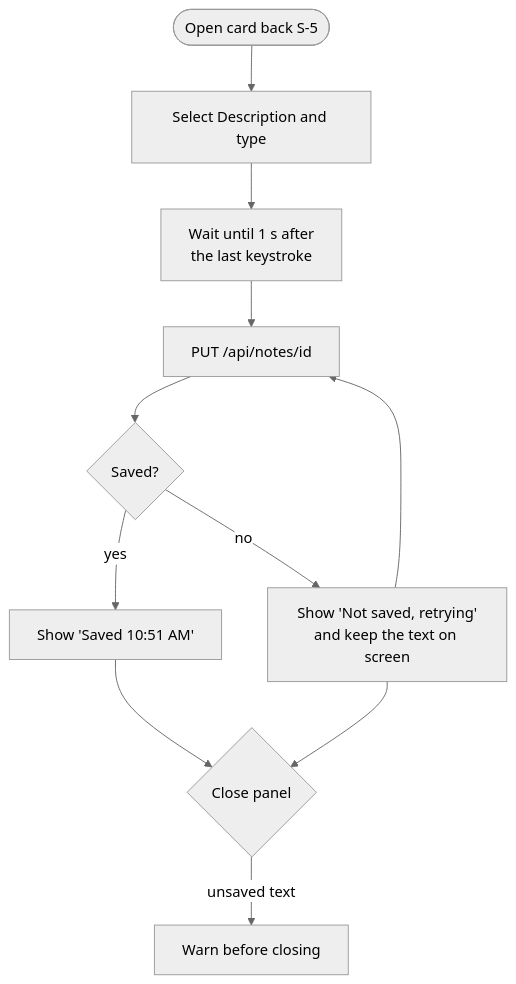
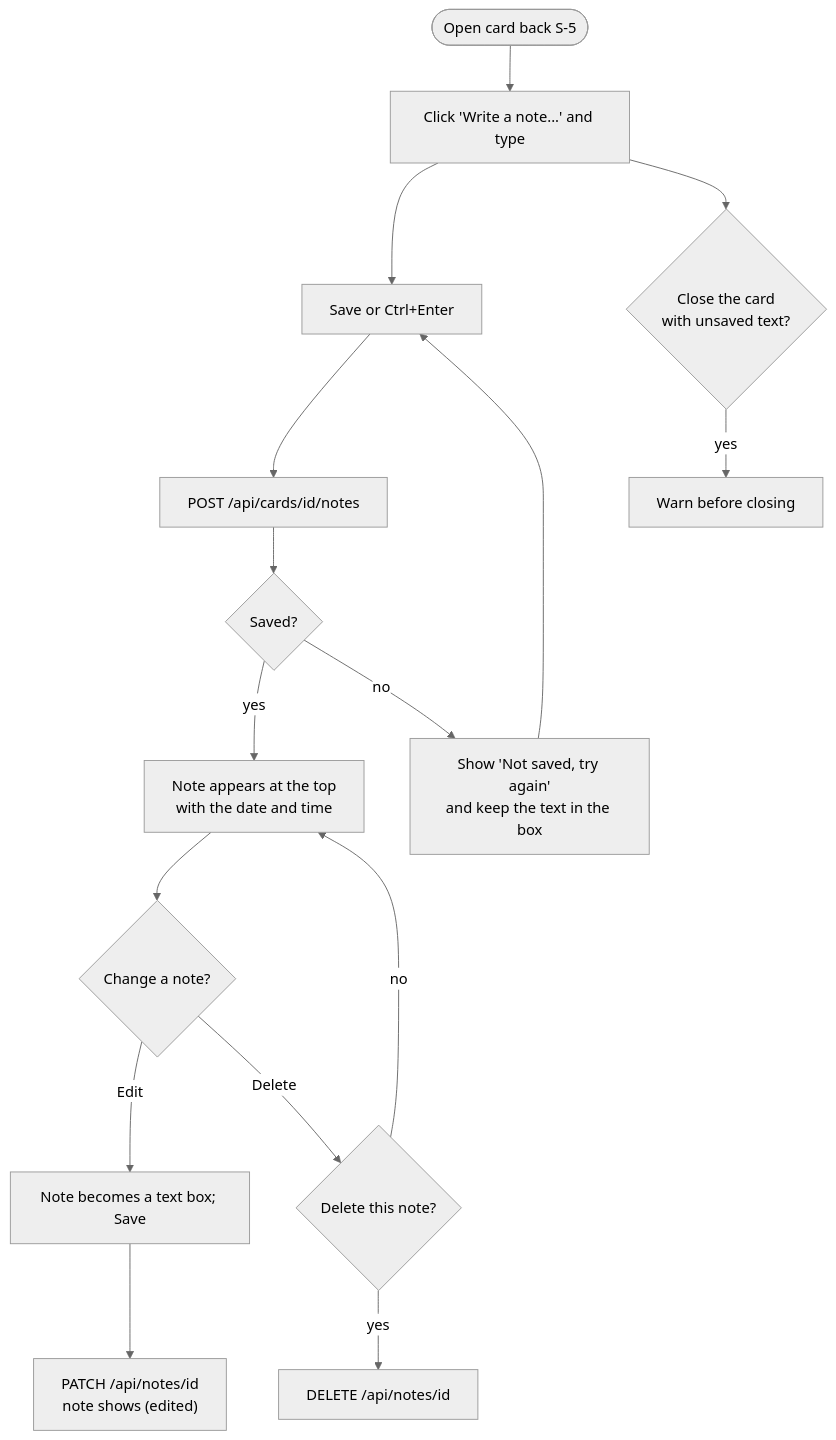
Before and after one commit to bbranton/TestProj: the fifth of 9 diagrams in docs/canvas-portal/04-wireframes-workflows.md, drawn with Mermaid (neutral theme). The commit also changed other lines of this file and 4 other files, not shown here.

First line of the commit message:
Make notes dated comment-style entries, separate from the Canvas description

````diff
--- a/docs/canvas-portal/04-wireframes-workflows.md
+++ b/docs/canvas-portal/04-wireframes-workflows.md
@@ -405,13 +421,17 @@
 ```mermaid
 flowchart TD
-    A([Open card back S-5]) --> B[Select Description and type]
-    B --> C[Wait until 1 s after<br/>the last keystroke]
-    C --> D[PUT /api/notes/id]
+    A([Open card back S-5]) --> B[Click 'Write a note...' and type]
+    B --> C[Save or Ctrl+Enter]
+    C --> D[POST /api/cards/id/notes]
     D --> E{Saved?}
-    E -- yes --> F[Show 'Saved 10:51 AM']
-    E -- no --> G[Show 'Not saved, retrying'<br/>and keep the text on screen]
-    G --> D
-    F --> H{Close panel}
-    G --> H
-    H -- unsaved text --> I[Warn before closing]
+    E -- yes --> F[Note appears at the top<br/>with the date and time]
+    E -- no --> G[Show 'Not saved, try again'<br/>and keep the text in the box]
+    G --> C
+    F --> H{Change a note?}
+    H -- Edit --> I[Note becomes a text box; Save] --> J["PATCH /api/notes/id<br/>note shows (edited)"]
+    H -- Delete --> K{Delete this note?}
+    K -- yes --> L[DELETE /api/notes/id]
+    K -- no --> F
+    B --> M{Close the card<br/>with unsaved text?}
+    M -- yes --> N[Warn before closing]
 ```
````
